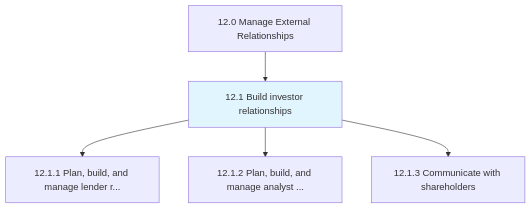
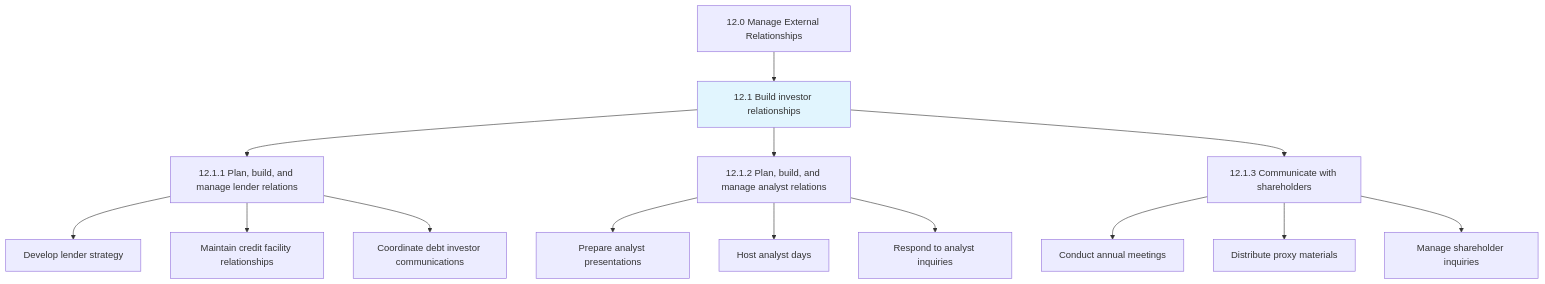
The first of 4 diagrams in processes/12-External/12.1-BuildInvestorRelationships/index.mdx (kziemski/business.org.ai), drawn with Mermaid before and after one commit. The commit also changed other lines of this file and 67 other files, not shown here.

````diff
--- a/processes/12-External/12.1-BuildInvestorRelationships/index.mdx
+++ b/processes/12-External/12.1-BuildInvestorRelationships/index.mdx
@@ -25,9 +29,21 @@
 ```mermaid
 graph TD
     C12["12.0 Manage External Relationships"]
     C12 --> N12_1["12.1 Build investor relationships"]
     style N12_1 fill:#e1f5fe
-    N12_1 --> N12_1_1["12.1.1 Plan, build, and manage lender r..."]
-    N12_1 --> N12_1_2["12.1.2 Plan, build, and manage analyst ..."]
+    N12_1 --> N12_1_1["12.1.1 Plan, build, and manage lender relations"]
+    N12_1 --> N12_1_2["12.1.2 Plan, build, and manage analyst relations"]
     N12_1 --> N12_1_3["12.1.3 Communicate with shareholders"]
+
+    N12_1_1 --> A1_1["Develop lender strategy"]
+    N12_1_1 --> A1_2["Maintain credit facility relationships"]
+    N12_1_1 --> A1_3["Coordinate debt investor communications"]
+
+    N12_1_2 --> A2_1["Prepare analyst presentations"]
+    N12_1_2 --> A2_2["Host analyst days"]
+    N12_1_2 --> A2_3["Respond to analyst inquiries"]
+
+    N12_1_3 --> A3_1["Conduct annual meetings"]
+    N12_1_3 --> A3_2["Distribute proxy materials"]
+    N12_1_3 --> A3_3["Manage shareholder inquiries"]
 ```
````
